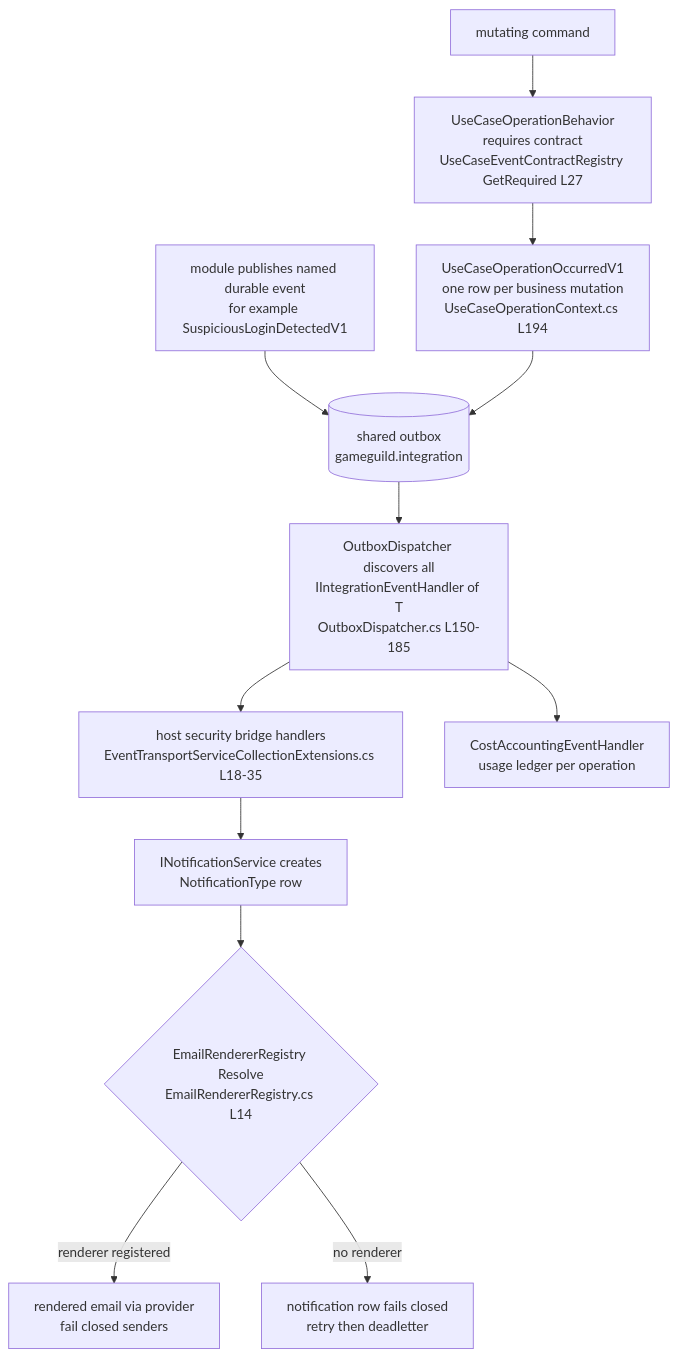
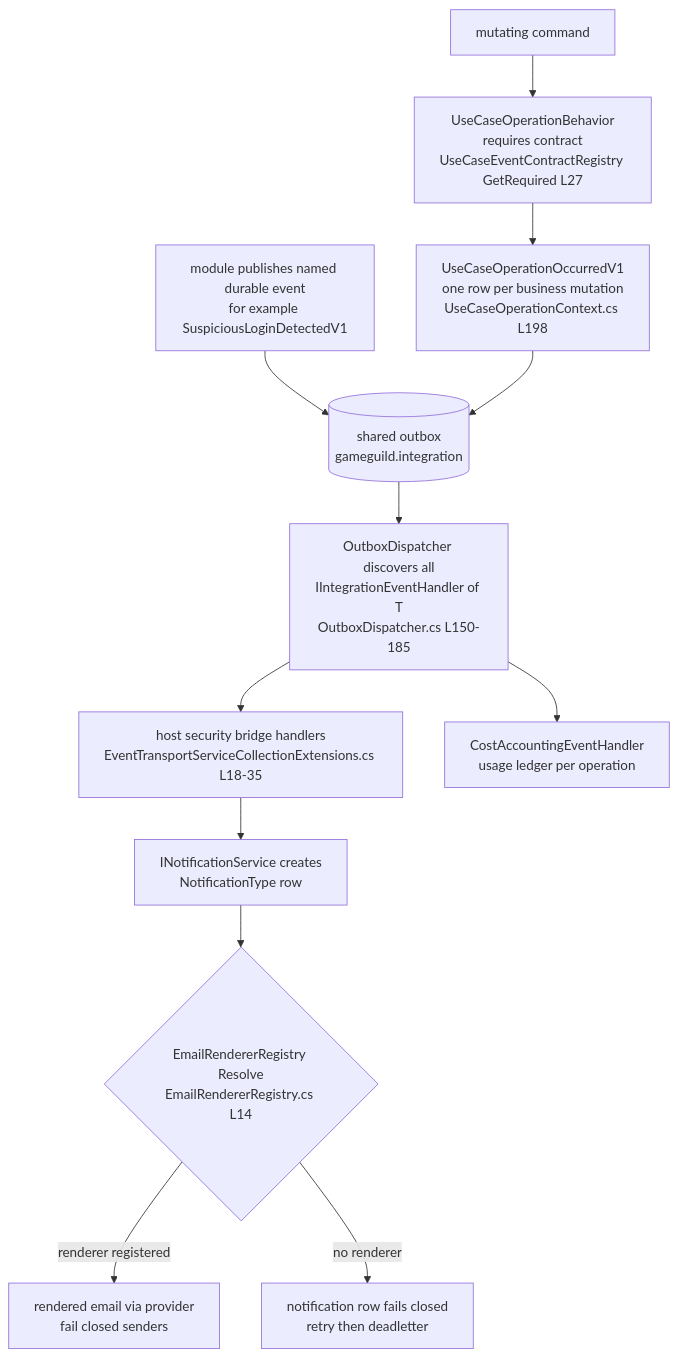
The diagram in docs/sharedkernel/06-event-bridge-registry.md (gameguild-gg/gameguild), drawn with Mermaid before and after one commit. The commit also changed other lines of this file and 2 other files, not shown here.

Commit message:
docs(sharedkernel): fix mermaid edge-label syntax + diamond close, correct contract census (1161 platform, 164 auth)

````diff
--- a/docs/sharedkernel/06-event-bridge-registry.md
+++ b/docs/sharedkernel/06-event-bridge-registry.md
@@ -90,14 +94,14 @@
 ```mermaid
 flowchart TD
     CMD["mutating command"] --> OPS["UseCaseOperationBehavior<br/>requires contract<br/>UseCaseEventContractRegistry GetRequired L27"]
-    OPS --> GEN["UseCaseOperationOccurredV1<br/>one row per business mutation<br/>UseCaseOperationContext.cs L194"]
+    OPS --> GEN["UseCaseOperationOccurredV1<br/>one row per business mutation<br/>UseCaseOperationContext.cs L198"]
     MOD["module publishes named durable event<br/>for example SuspiciousLoginDetectedV1"] --> OUTBOX[("shared outbox<br/>gameguild.integration")]
     GEN --> OUTBOX
     OUTBOX --> DISP["OutboxDispatcher discovers all<br/>IIntegrationEventHandler of T<br/>OutboxDispatcher.cs L150-185"]
     DISP --> BRIDGE["host security bridge handlers<br/>EventTransportServiceCollectionExtensions.cs L18-35"]
     BRIDGE --> NOTIF["INotificationService creates<br/>NotificationType row"]
     NOTIF --> RD{"EmailRendererRegistry Resolve<br/>EmailRendererRegistry.cs L14"}
     RD -- "renderer registered" --> SEND["rendered email via provider<br/>fail closed senders"]
     RD -- "no renderer" --> DEAD["notification row fails closed<br/>retry then deadletter"]
     DISP --> COST["CostAccountingEventHandler<br/>usage ledger per operation"]
 ```
````
